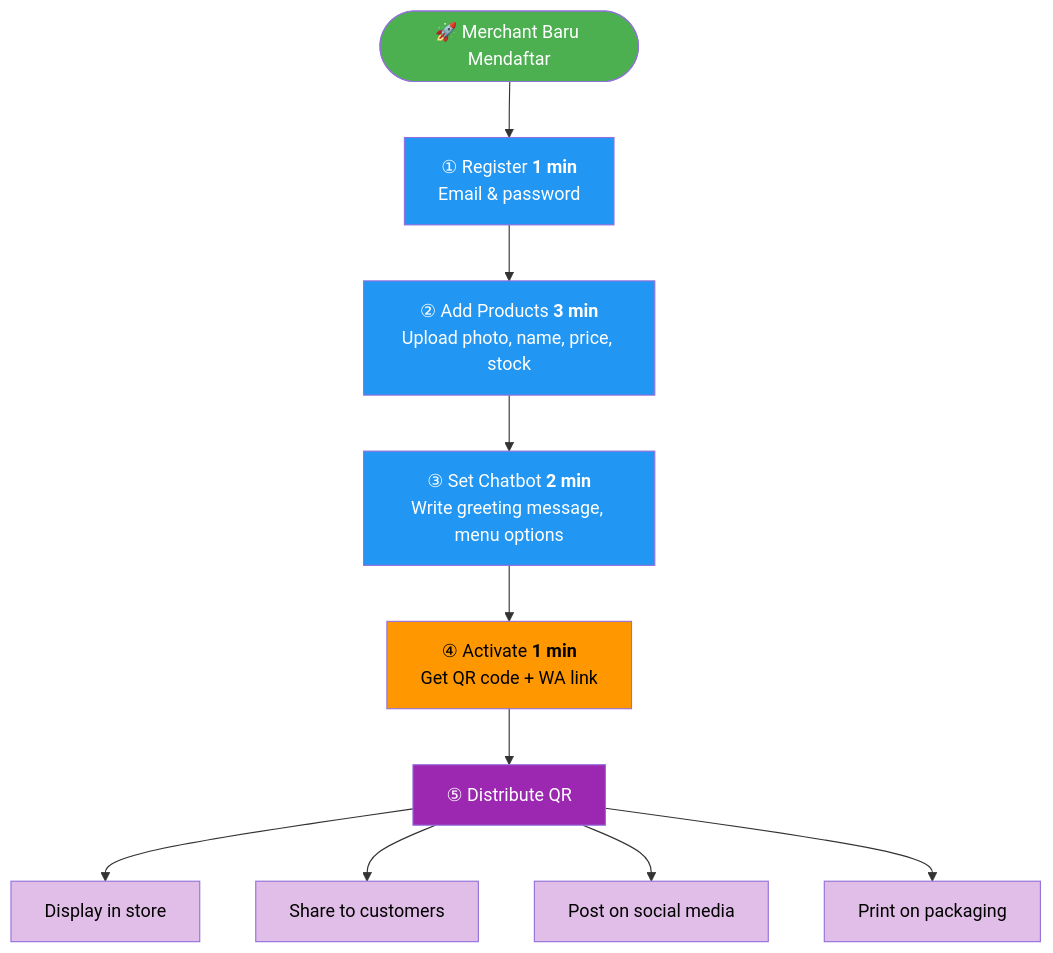
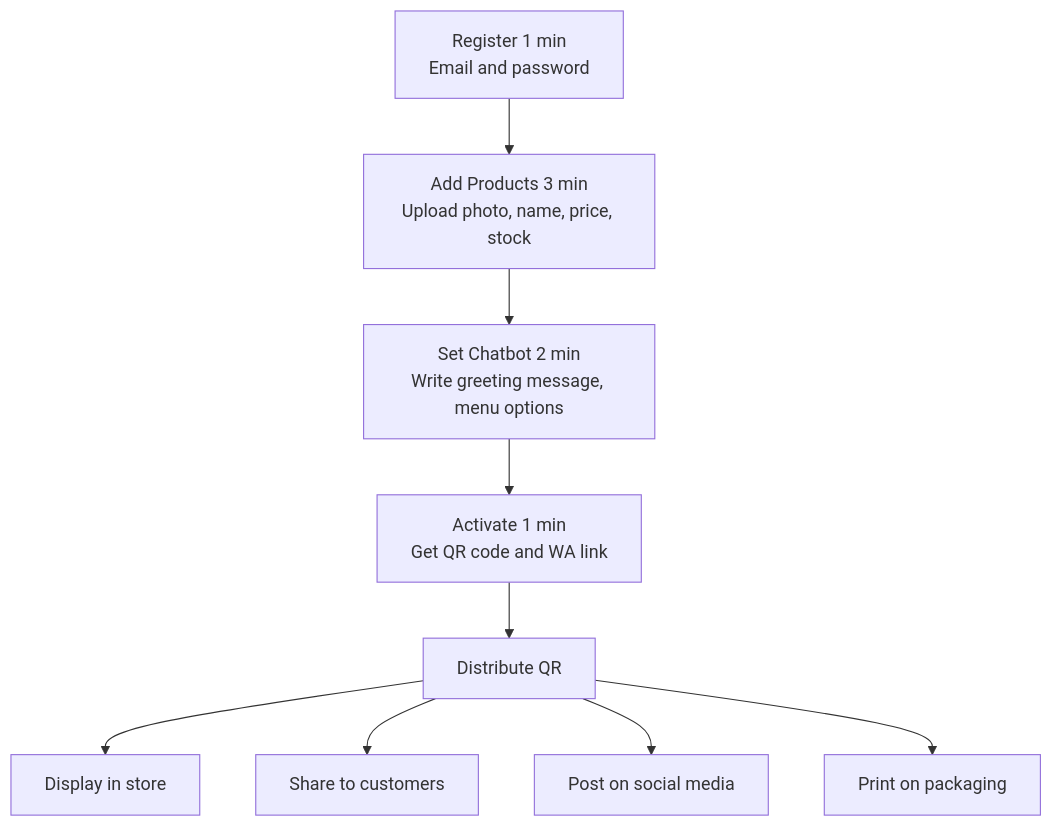
One commit to wmprawiro/astrapay-hackathon-2026 changed diagram 11 of 11 in doc/flow.md. Above: the diagram before and after it, drawn with Mermaid.

Commit message:
refactor: simplify merchant onboarding diagram, remove emoji and styling

````diff
--- a/doc/flow.md
+++ b/doc/flow.md
@@ -663,23 +663,12 @@
 ```mermaid
 flowchart TD
-    START(["🚀 Merchant Baru Mendaftar"]) --> R1["① Register <b>1 min</b><br/>Email &amp; password"]
-    R1 --> R2["② Add Products <b>3 min</b><br/>Upload photo, name, price, stock"]
-    R2 --> R3["③ Set Chatbot <b>2 min</b><br/>Write greeting message, menu options"]
-    R3 --> R4["④ Activate <b>1 min</b><br/>Get QR code + WA link"]
-    R4 --> R5["⑤ Distribute QR"]
-    R5 --> D1["Display in store"]
-    R5 --> D2["Share to customers"]
-    R5 --> D3["Post on social media"]
-    R5 --> D4["Print on packaging"]
-
-    style START fill:#4CAF50,color:#fff
-    style R1 fill:#2196F3,color:#fff
-    style R2 fill:#2196F3,color:#fff
-    style R3 fill:#2196F3,color:#fff
-    style R4 fill:#FF9800,color:#000
-    style R5 fill:#9C27B0,color:#fff
-    style D1 fill:#E1BEE7,color:#000
-    style D2 fill:#E1BEE7,color:#000
-    style D3 fill:#E1BEE7,color:#000
-    style D4 fill:#E1BEE7,color:#000
+    A[Register 1 min<br/>Email and password]
+    A --> B[Add Products 3 min<br/>Upload photo, name, price, stock]
+    B --> C[Set Chatbot 2 min<br/>Write greeting message, menu options]
+    C --> D[Activate 1 min<br/>Get QR code and WA link]
+    D --> E[Distribute QR]
+    E --> F[Display in store]
+    E --> G[Share to customers]
+    E --> H[Post on social media]
+    E --> I[Print on packaging]
 ```
````
